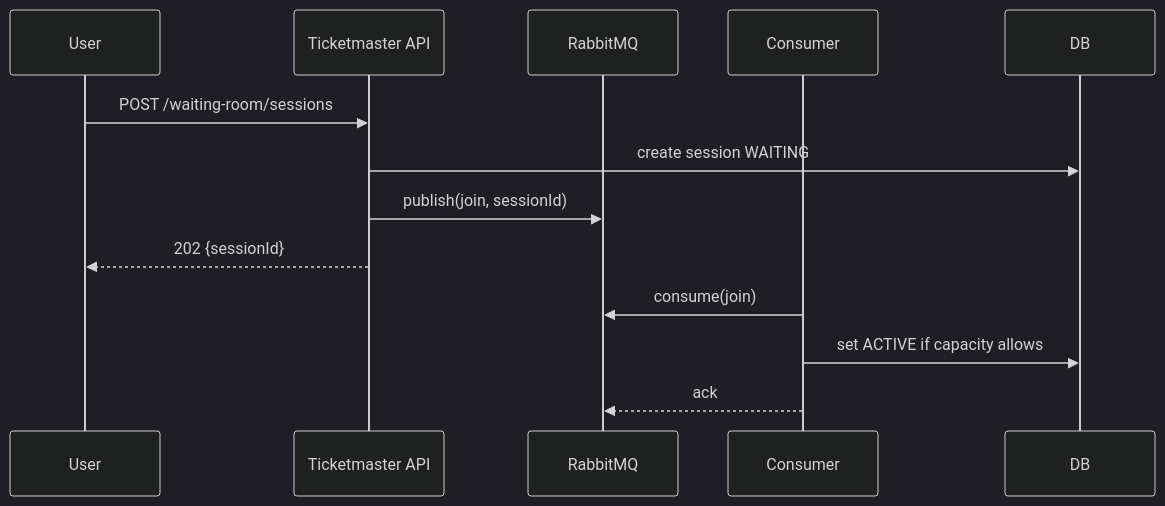
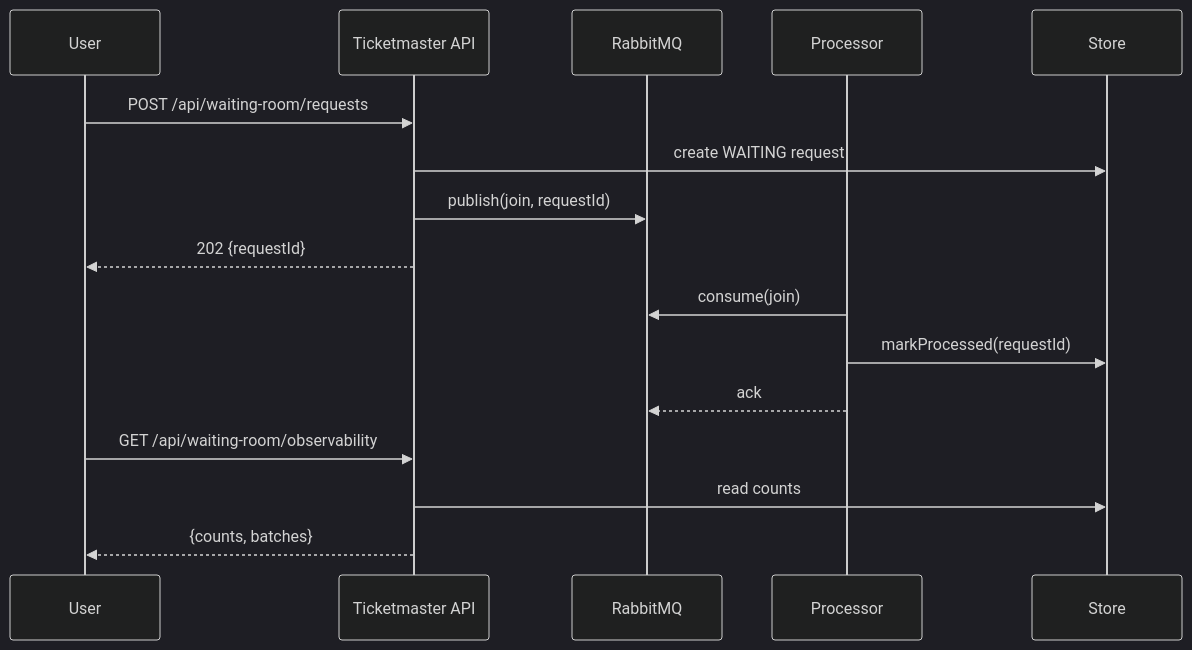
Before and after one commit to ShalomDeitch1/examples: the second of 2 diagrams in ticketmaster/tech-waiting-room/rabbitmq/README.md, drawn with Mermaid (dark theme). The commit also changed other lines of this file and 5 other files, not shown here.

````diff
--- a/ticketmaster/tech-waiting-room/rabbitmq/README.md
+++ b/ticketmaster/tech-waiting-room/rabbitmq/README.md
@@ -27,17 +30,21 @@
 ```mermaid
 sequenceDiagram
   participant U as User
   participant TM as Ticketmaster API
   participant MQ as RabbitMQ
-  participant C as Consumer
-  participant DB as DB
+  participant P as Processor
+  participant S as Store
 
-  U->>TM: POST /waiting-room/sessions
-  TM->>DB: create session WAITING
-  TM->>MQ: publish(join, sessionId)
-  TM-->>U: 202 {sessionId}
+  U->>TM: POST /api/waiting-room/requests
+  TM->>S: create WAITING request
+  TM->>MQ: publish(join, requestId)
+  TM-->>U: 202 {requestId}
 
-  C->>MQ: consume(join)
-  C->>DB: set ACTIVE if capacity allows
-  C-->>MQ: ack
+  P->>MQ: consume(join)
+  P->>S: markProcessed(requestId)
+  P-->>MQ: ack
+
+  U->>TM: GET /api/waiting-room/observability
+  TM->>S: read counts
+  TM-->>U: {counts, batches}
 ```
````
